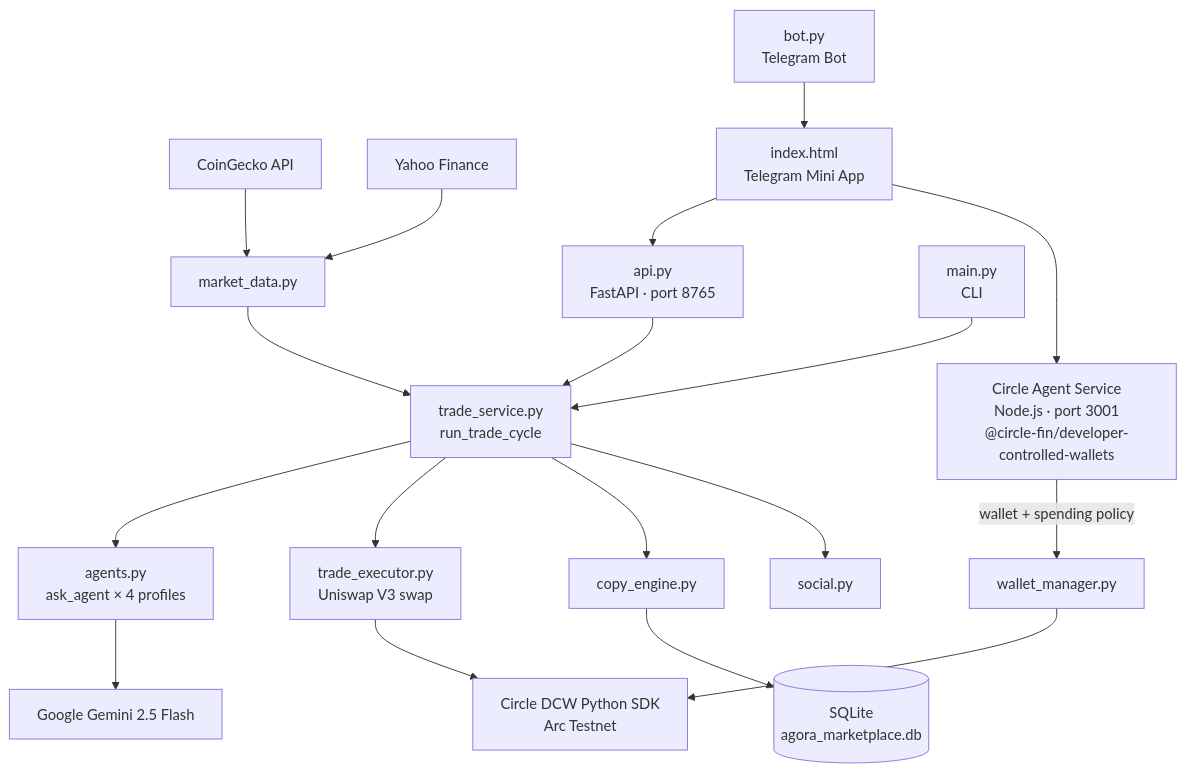
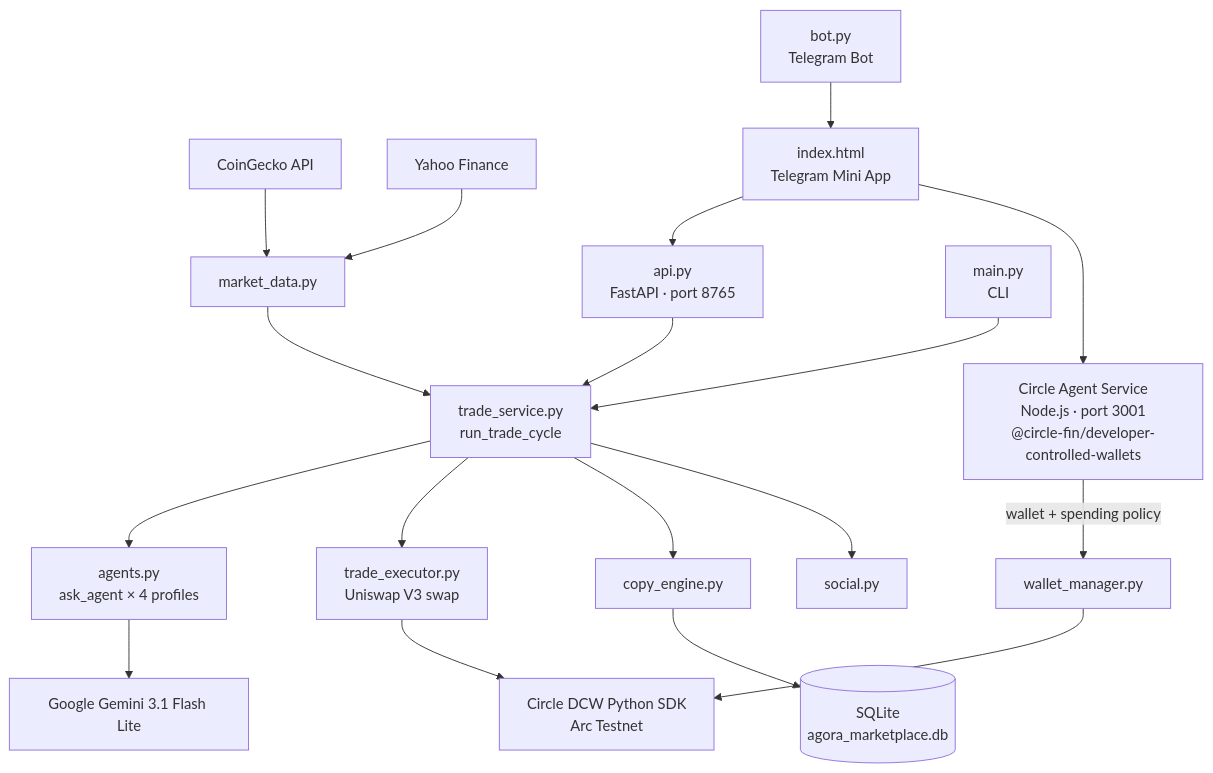
Before and after one commit to Dami904/Arc_Tic-whale: the diagram in README.md, drawn with Mermaid. The commit also changed other lines of this file and 3 other files, not shown here.

First line of the commit message:
feat: standardize on gemini-3.1-flash-lite everywhere

````diff
--- a/README.md
+++ b/README.md
@@ -93,27 +93,27 @@
 ```mermaid
 flowchart TD
     CG[CoinGecko API] --> MD[market_data.py]
     YF[Yahoo Finance] --> MD
 
     MD --> TS[trade_service.py\nrun_trade_cycle]
     TS --> AI[agents.py\nask_agent × 4 profiles]
-    AI --> GL[Google Gemini 2.5 Flash]
+    AI --> GL[Google Gemini 3.1 Flash Lite]
 
     TS --> TE[trade_executor.py\nUniswap V3 swap]
     TE --> CW[Circle DCW Python SDK\nArc Testnet]
 
     TS --> CE[copy_engine.py]
     CE --> DB[(SQLite\nagora_marketplace.db)]
 
     TS --> SO[social.py]
 
     AS[Circle Agent Service\nNode.js · port 3001\n@circle-fin/developer-controlled-wallets] -->|wallet + spending policy| WM[wallet_manager.py]
     WM --> CW
 
     API[api.py\nFastAPI · port 8765] --> TS
     CLI[main.py\nCLI] --> TS
 
     WEB[index.html\nTelegram Mini App] --> API
     WEB --> AS
     TB[bot.py\nTelegram Bot] --> WEB
 ```
````
